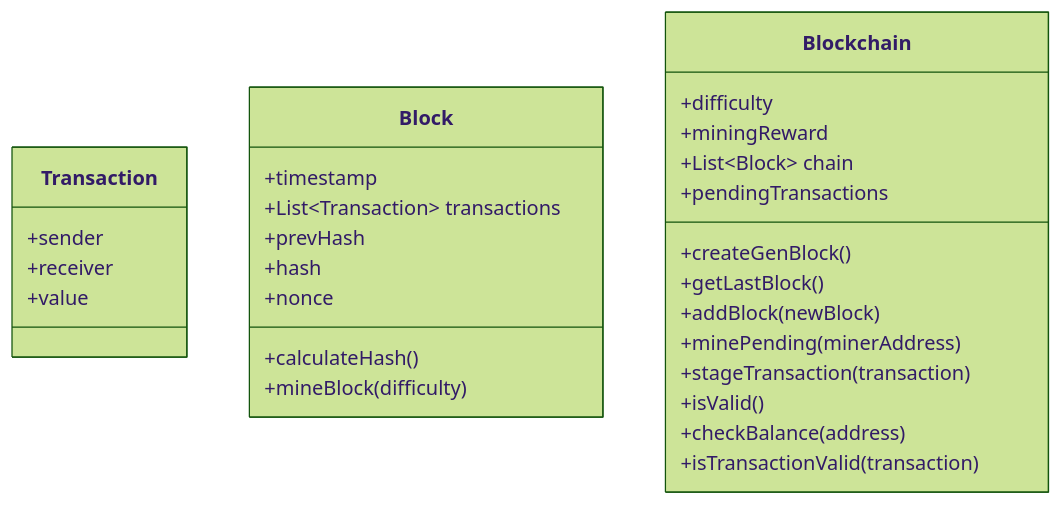
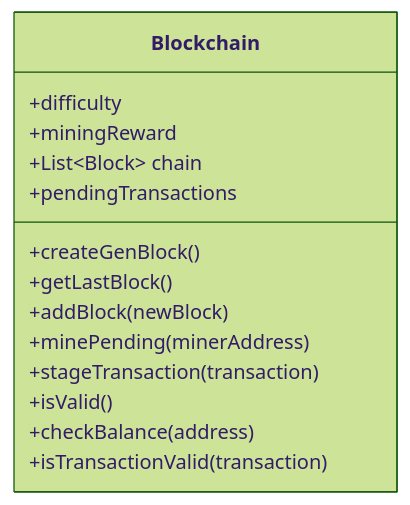
Before and after one commit to zeemarquez/zeemarquez.github.io: the third of 3 diagrams in posts/blockchain_1/index.qmd, drawn with Mermaid (forest theme). The commit also changed other lines of this file and 7 other files, not shown here.

````diff
--- a/posts/blockchain_1/index.qmd
+++ b/posts/blockchain_1/index.qmd
@@ -26,32 +93,17 @@
 ```{mermaid}
 classDiagram
-    class Transaction
-    Transaction : +sender
-    Transaction : +receiver
-    Transaction : +value
-
-
-    class Block
-    Block : +timestamp
-    Block : +List~Transaction~ transactions
-    Block : +prevHash
-    Block : +hash
-    Block : +nonce
-    Block : +calculateHash()
-    Block : +mineBlock(difficulty)
-
     class Blockchain
     Blockchain : +difficulty
     Blockchain : +miningReward
     Blockchain : +List~Block~ chain
     Blockchain : +pendingTransactions
     Blockchain : +createGenBlock()
     Blockchain : +getLastBlock()
     Blockchain : +addBlock(newBlock)
     Blockchain : +minePending(minerAddress)
     Blockchain : +stageTransaction(transaction)
     Blockchain : +isValid()
     Blockchain : +checkBalance(address)
     Blockchain : +isTransactionValid(transaction)
 
 ```
````
